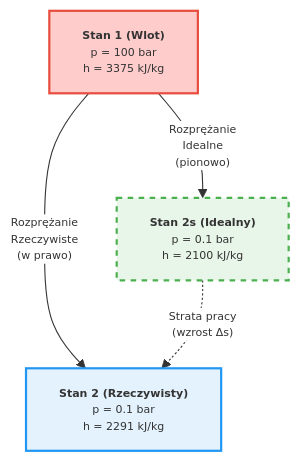
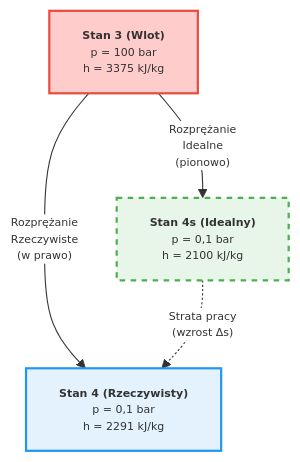
The second of 3 diagrams in Wyklady/10_Obiegi_Parowe.qmd (moondec/Termodynamika), drawn with Mermaid before and after one commit. The commit also changed other lines of this file and 80 other files, not shown here.

````diff
--- a/Wyklady/10_Obiegi_Parowe.qmd
+++ b/Wyklady/10_Obiegi_Parowe.qmd
@@ -630,19 +630,19 @@
 ```{mermaid}
 %%{init: {'theme': 'default', 'flowchart': { 'useMaxWidth': true, 'htmlLabels': true }, 'themeVariables': { 'fontSize': '10px', 'fontFamily': 'sans-serif', 'primaryColor': '#ffffff', 'edgeLabelBackground':'#ffffff', 'tertiaryColor': '#fff0f0' }}}%%
 
 %%| fig-width: 1
 %%| fig-height: 8
 %%| fig-align: center
 flowchart TD
-    A["<b>Stan 1 (Wlot)</b><br>p = 100 bar<br>h = 3375 kJ/kg"] 
-    B["<b>Stan 2s (Idealny)</b><br>p = 0.1 bar<br>h = 2100 kJ/kg"]
-    C["<b>Stan 2 (Rzeczywisty)</b><br>p = 0.1 bar<br>h = 2291 kJ/kg"]
+    A["<b>Stan 3 (Wlot)</b><br>p = 100 bar<br>h = 3375 kJ/kg"] 
+    B["<b>Stan 4s (Idealny)</b><br>p = 0,1 bar<br>h = 2100 kJ/kg"]
+    C["<b>Stan 4 (Rzeczywisty)</b><br>p = 0,1 bar<br>h = 2291 kJ/kg"]
     
     A -->|"Rozprężanie<br>Idealne<br>(pionowo)"| B
     A -->|"Rozprężanie<br>Rzeczywiste<br>(w prawo)"| C
     B -.->|"Strata pracy<br>(wzrost Δs)"| C
     
     style A fill:#ffcccc,stroke:#e74c3c,stroke-width:2px
     style B fill:#e8f5e9,stroke:#4caf50,stroke-width:2px,stroke-dasharray: 5 5
     style C fill:#e3f2fd,stroke:#2196f3,stroke-width:2px
 ```
````
